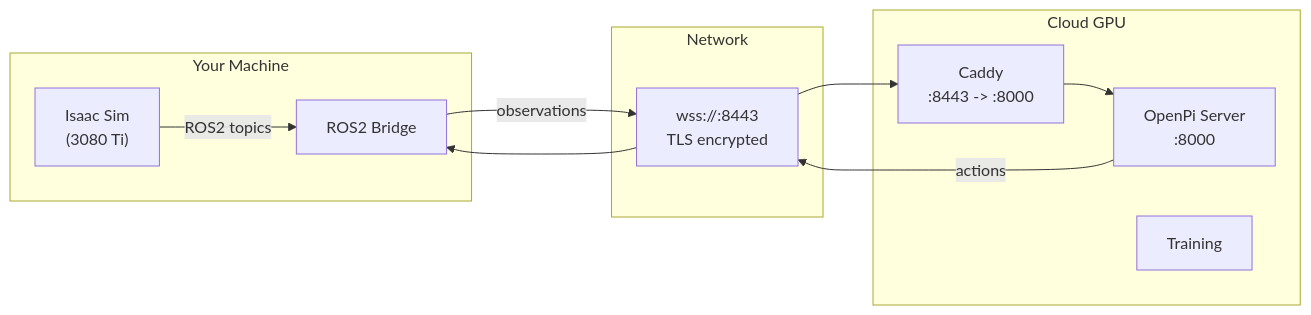
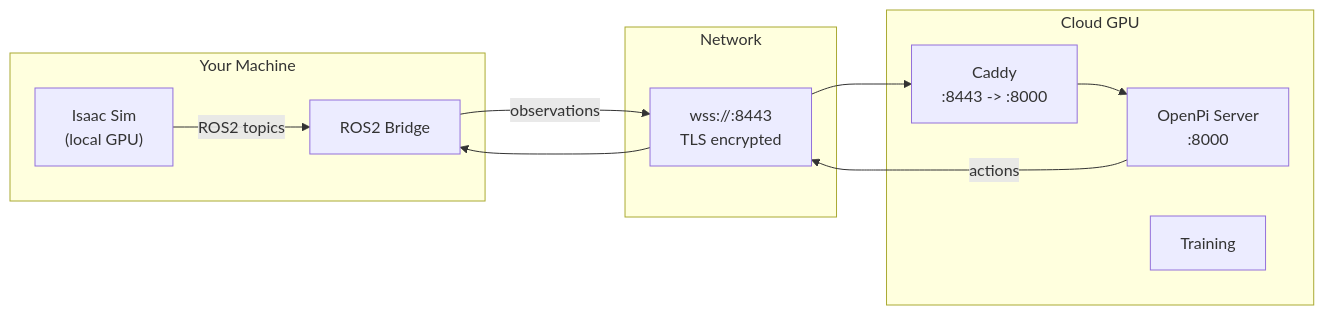
One commit to Jbruslind/soarm101-isaac changed the first of 2 diagrams in docs/REMOTE_DEPLOYMENT.md. Above: the diagram before and after it, drawn with Mermaid. The commit also changed 20 other files, not shown here.

````diff
--- a/docs/REMOTE_DEPLOYMENT.md
+++ b/docs/REMOTE_DEPLOYMENT.md
@@ -21,22 +21,22 @@
 ```mermaid
 graph LR
     subgraph localNet ["Your Machine"]
-        IS["Isaac Sim\n(3080 Ti)"]
+        IS["Isaac Sim\n(local GPU)"]
         ROS["ROS2 Bridge"]
     end
     subgraph internet ["Network"]
         TLS["wss://:8443\nTLS encrypted"]
     end
     subgraph cloudNet ["Cloud GPU"]
         CDY["Caddy\n:8443 -> :8000"]
         OPI["OpenPi Server\n:8000"]
         TRN["Training"]
     end
 
     IS -- "ROS2 topics" --> ROS
     ROS -- "observations" --> TLS
     TLS --> CDY
     CDY --> OPI
     OPI -- "actions" --> TLS
     TLS --> ROS
 ```
````
